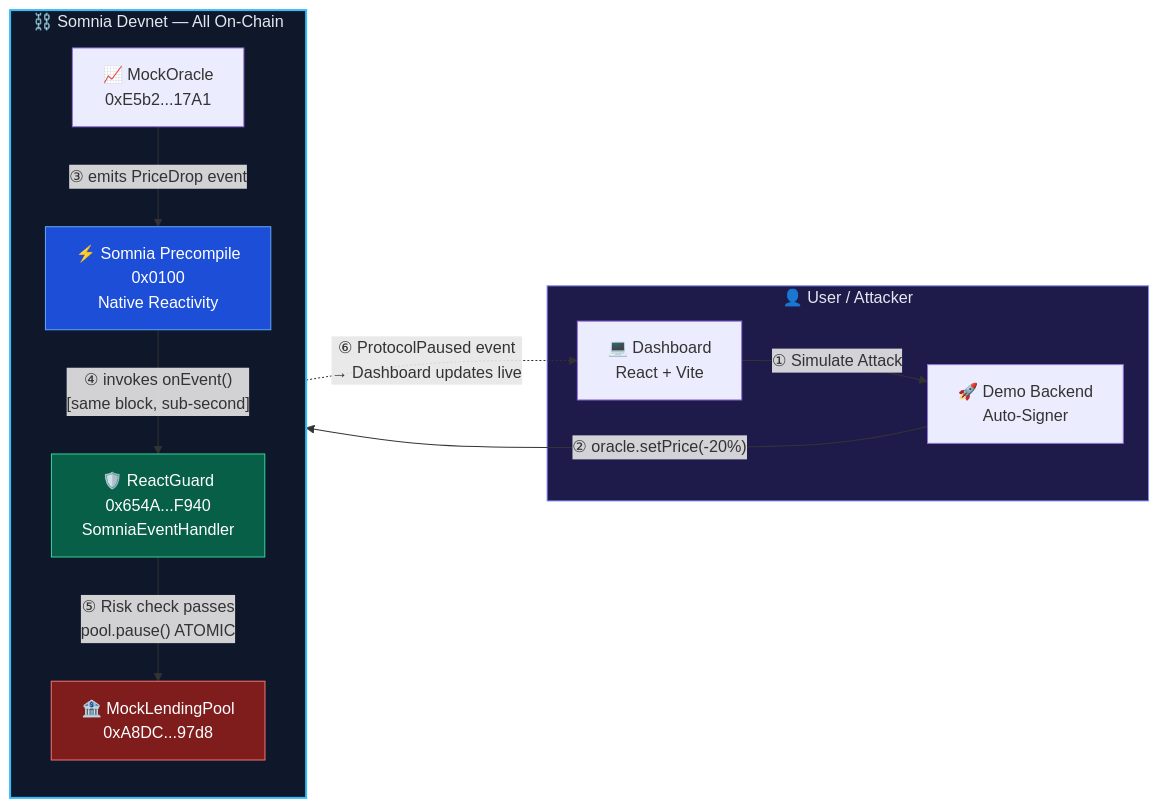
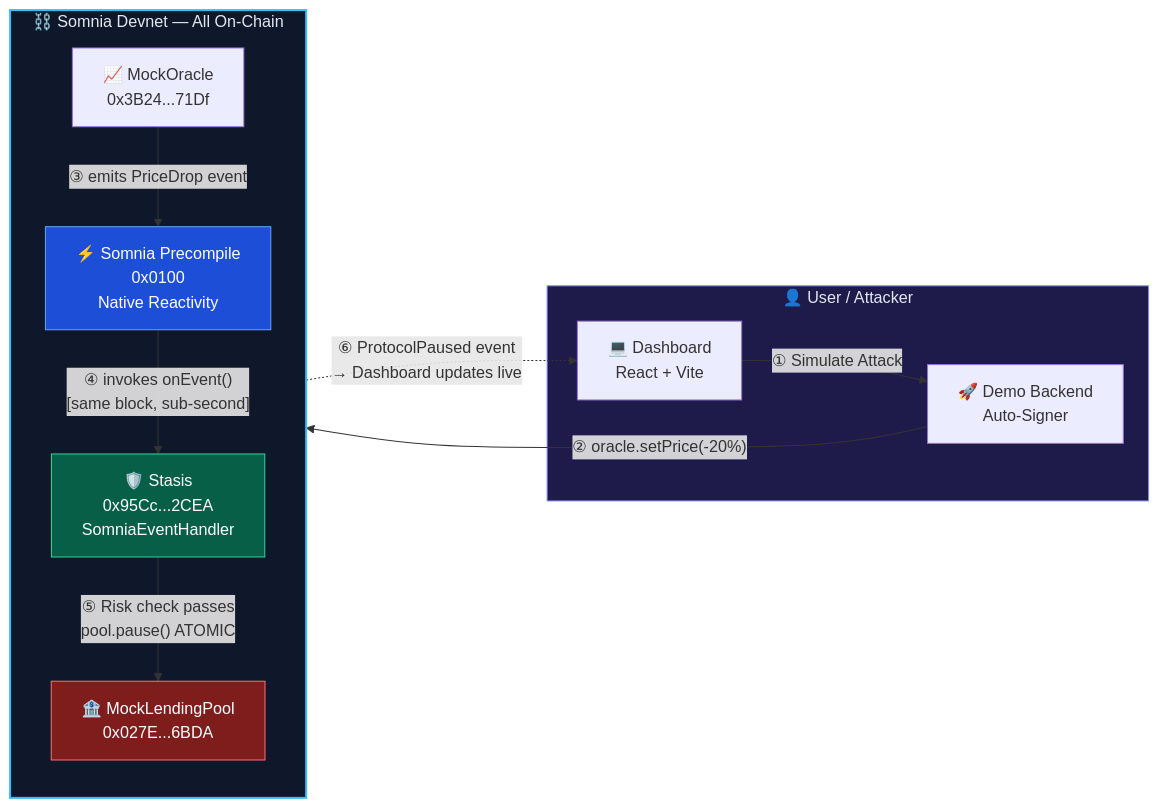
The first of 2 diagrams in README.md (Ankit-raj-11/ReactGuard), drawn with Mermaid before and after one commit. The commit also changed other lines of this file and 37 other files, not shown here.

````diff
--- a/README.md
+++ b/README.md
@@ -74,29 +74,29 @@
 ```mermaid
 flowchart LR
     subgraph USER["👤 User / Attacker"]
         DASH["💻 Dashboard\nReact + Vite"]
         API["🚀 Demo Backend\nAuto-Signer"]
     end
 
     subgraph SOMNIA["⛓️ Somnia Devnet — All On-Chain"]
         direction TB
-        ORA["📈 MockOracle\n0xE5b2...17A1"]
+        ORA["📈 MockOracle\n0x3B24...71Df"]
         PRECOMPILE["⚡ Somnia Precompile\n0x0100\nNative Reactivity"]
-        RG["🛡️ ReactGuard\n0x654A...F940\nSomniaEventHandler"]
-        POOL["🏦 MockLendingPool\n0xA8DC...97d8"]
+        ST["🛡️ Stasis\n0x95Cc...2CEA\nSomniaEventHandler"]
+        POOL["🏦 MockLendingPool\n0x027E...6BDA"]
     end
 
     DASH -- "① Simulate Attack" --> API
     API -- "② oracle.setPrice(-20%)" --> ORA
     ORA -- "③ emits PriceDrop event" --> PRECOMPILE
-    PRECOMPILE -- "④ invokes onEvent()\n[same block, sub-second]" --> RG
-    RG -- "⑤ Risk check passes\npool.pause() ATOMIC" --> POOL
+    PRECOMPILE -- "④ invokes onEvent()\n[same block, sub-second]" --> ST
+    ST -- "⑤ Risk check passes\npool.pause() ATOMIC" --> POOL
 
-    RG -.->|"⑥ ProtocolPaused event\n→ Dashboard updates live"| DASH
+    ST -.->|"⑥ ProtocolPaused event\n→ Dashboard updates live"| DASH
 
     style SOMNIA fill:#0f172a,stroke:#38bdf8,stroke-width:2px,color:#e2e8f0
     style PRECOMPILE fill:#1d4ed8,color:#fff,stroke:#60a5fa
-    style RG fill:#065f46,color:#fff,stroke:#34d399
+    style ST fill:#065f46,color:#fff,stroke:#34d399
     style POOL fill:#7f1d1d,color:#fff,stroke:#f87171
     style USER fill:#1e1b4b,stroke:#818cf8,color:#e2e8f0
 ```
````
